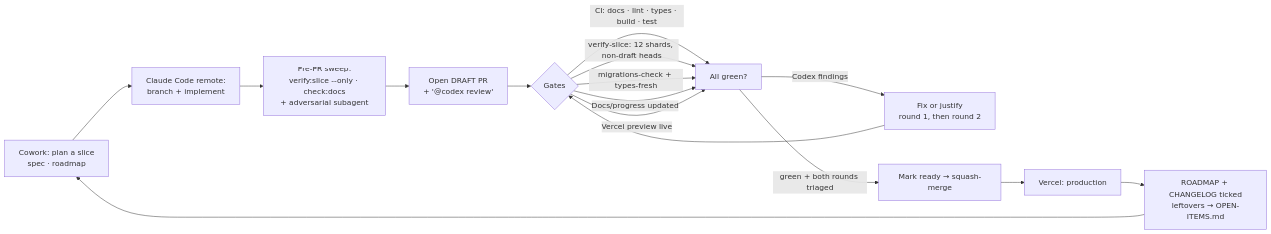
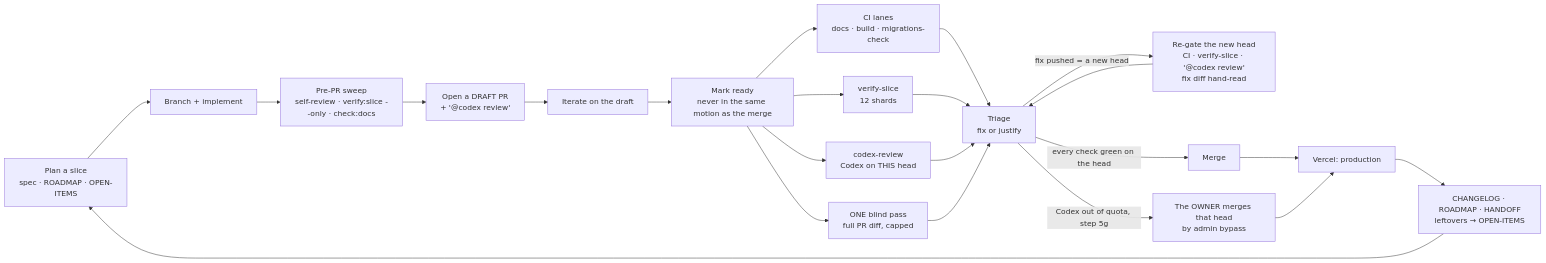
One commit to min-hinthar/mms-platform changed the diagram in docs/WORKFLOW.md. Above: the diagram before and after it, drawn with Mermaid. The commit also changed other lines of this file and 32 other files, not shown here.

````diff
--- a/docs/WORKFLOW.md
+++ b/docs/WORKFLOW.md
@@ -17,18 +15,21 @@
 ```mermaid
 flowchart LR
-  A[Cowork: plan a slice<br/>spec · roadmap] --> B[Claude Code remote:<br/>branch + implement]
-  B --> S[Pre-PR sweep:<br/>verify:slice --only · check:docs<br/>+ adversarial subagent]
-  S --> C[Open DRAFT PR<br/>+ '@codex review']
-  C --> D{Gates}
-  D -->|CI: docs · lint · types · build · test| E
-  D -->|verify-slice: 12 shards, non-draft heads| E
-  D -->|migrations-check + types-fresh| E
-  D -->|Docs/progress updated| E
-  D -->|Vercel preview live| E[All green?]
-  E -->|Codex findings| F[Fix or justify<br/>round 1, then round 2]
-  F --> D
-  E -->|green + both rounds triaged| G[Mark ready → squash-merge]
+  A[Plan a slice<br/>spec · ROADMAP · OPEN-ITEMS] --> B[Branch + implement]
+  B --> S[Pre-PR sweep<br/>self-review · verify:slice --only · check:docs]
+  S --> C[Open a DRAFT PR<br/>+ '@codex review']
+  C --> R[Iterate on the draft]
+  R --> M[Mark ready<br/>never in the same motion as the merge]
+  M --> P1[CI lanes<br/>docs · build · migrations-check]
+  M --> P2[verify-slice<br/>12 shards]
+  M --> P3[codex-review<br/>Codex on THIS head]
+  M --> P4[ONE blind pass<br/>full PR diff, capped]
+  P1 & P2 & P3 & P4 --> T[Triage<br/>fix or justify]
+  T -->|fix pushed = a new head| N[Re-gate the new head<br/>CI · verify-slice · '@codex review'<br/>fix diff hand-read]
+  N --> T
+  T -->|every check green on the head| G[Merge]
+  T -->|Codex out of quota, step 5g| O[The OWNER merges that head<br/>by admin bypass]
   G --> H[Vercel: production]
-  H --> I[ROADMAP + CHANGELOG ticked<br/>leftovers → OPEN-ITEMS.md]
-    I --> A
+  O --> H
+  H --> I[CHANGELOG · ROADMAP · HANDOFF<br/>leftovers → OPEN-ITEMS]
+  I --> A
 ```
````
